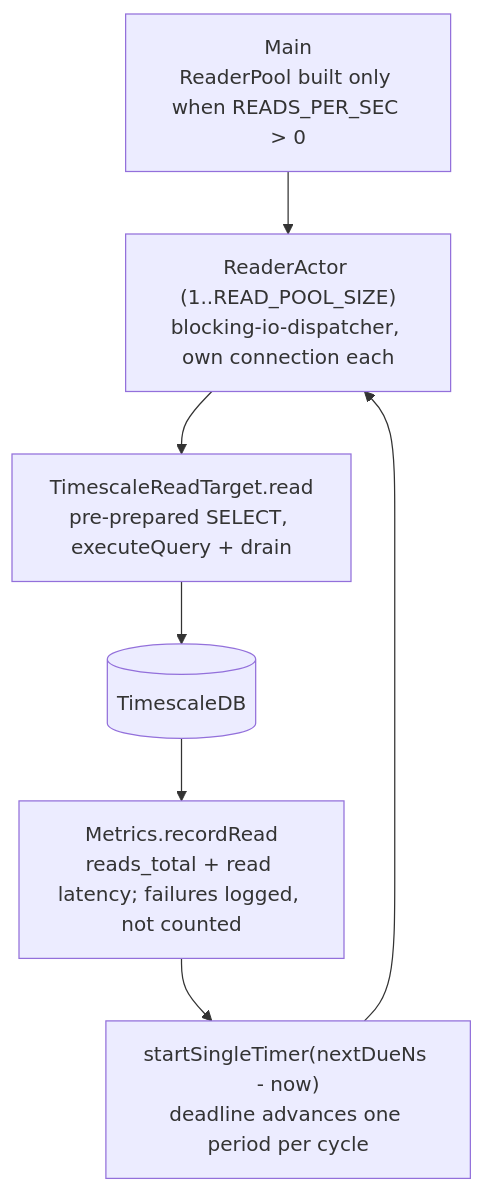
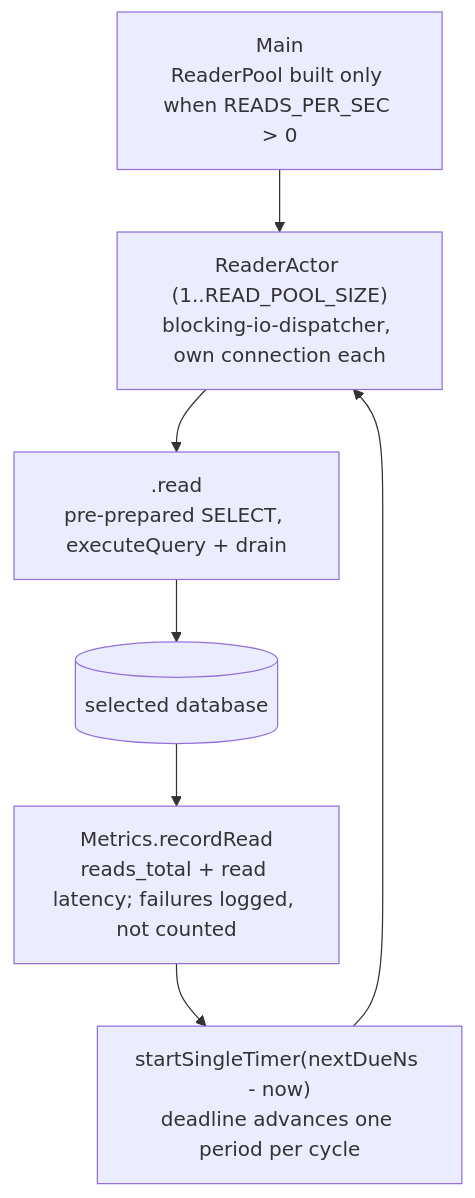
The second of 3 diagrams in service-subscriber/README.md (TomSpyropoulos/actor-scala), drawn with Mermaid before and after one commit. The commit also changed other lines of this file and 10 other files, not shown here.

````diff
--- a/service-subscriber/README.md
+++ b/service-subscriber/README.md
@@ -40,9 +40,9 @@
 ```mermaid
 flowchart TD
     A["Main\nReaderPool built only when READS_PER_SEC > 0"] --> B["ReaderActor (1..READ_POOL_SIZE)\nblocking-io-dispatcher, own connection each"]
-    B --> C["TimescaleReadTarget.read\npre-prepared SELECT, executeQuery + drain"]
-    C --> D[(TimescaleDB)]
+    B --> C["<active ReadTarget>.read\npre-prepared SELECT, executeQuery + drain"]
+    C --> D[(selected database)]
     D --> E["Metrics.recordRead\nreads_total + read latency; failures logged, not counted"]
     E --> F["startSingleTimer(nextDueNs - now)\ndeadline advances one period per cycle"]
     F --> B
 ```
````
